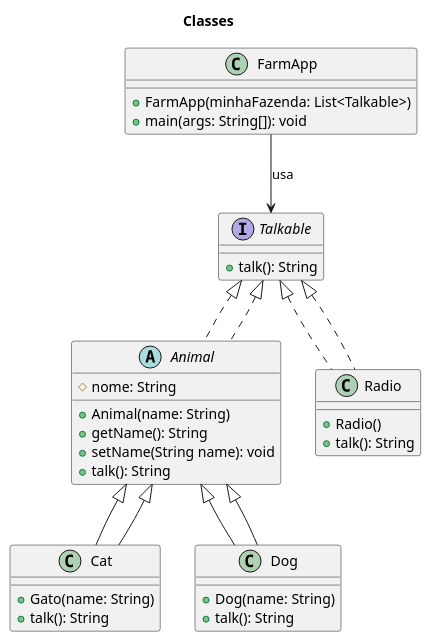
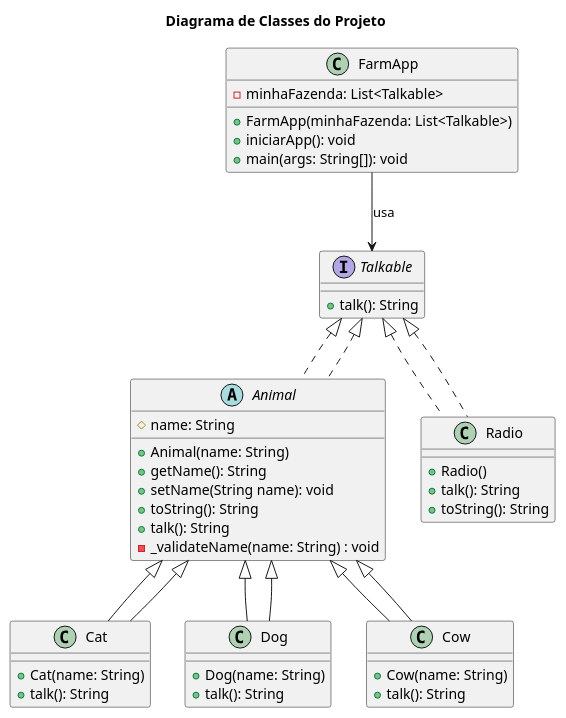
The diagram in FarmApp.puml (danielavescia/Start), drawn with PlantUML before and after one commit.

Commit message:
Refactor class names and add Cow class

```diff
--- a/FarmApp.puml
+++ b/FarmApp.puml
@@ -1,44 +1,55 @@
 @startuml
 
-title Classes 
+title Diagrama de Classes do Projeto 
 
 interface Talkable{
     +talk(): String
 }
 
 abstract class Animal implements Talkable{
-    # nome: String
+    # name: String
     + Animal(name: String)
     + getName(): String
     + setName(String name): void
+    + toString(): String
     + talk(): String
+    - _validateName(name: String) : void
 }
 
 class Cat extends Animal{
-    + Gato(name: String)
+    + Cat(name: String)
     + talk(): String
 }
 
 class Dog extends Animal{
     + Dog(name: String)
     + talk(): String
 }
 
+class Cow extends Animal{
+    + Cow(name: String)
+    + talk(): String
+}
+
 class Radio implements Talkable{
     + Radio()
     + talk(): String
+    + toString(): String
 }
 
 class FarmApp{
+    - minhaFazenda: List<Talkable>
     + FarmApp(minhaFazenda: List<Talkable>)
+    + iniciarApp(): void
     + main(args: String[]): void
 }
 
 ' Relacionamentos
 Animal <|-- Dog
 Animal <|-- Cat
+Animal <|-- Cow
 Talkable <|.. Animal
 Talkable <|.. Radio
 FarmApp --> Talkable : usa
 
 @enduml
```
